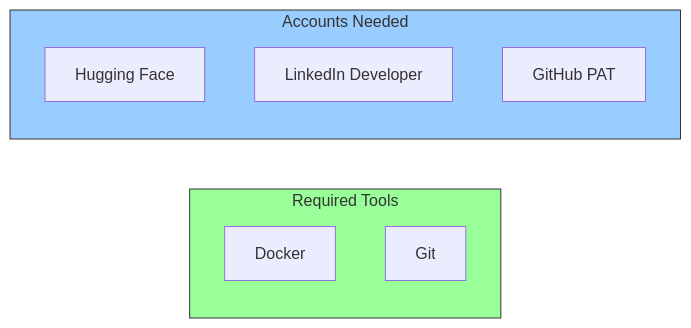
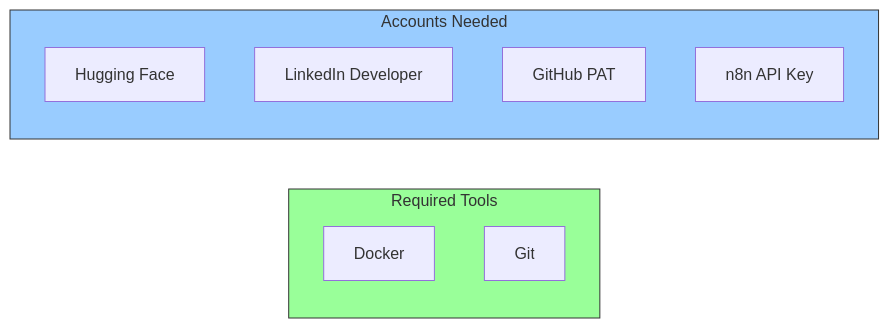
One commit to thatsmeadarsh/n8n-powered-auto-web-publish changed the first of 2 diagrams in docs/setup-guide.md. Above: the diagram before and after it, drawn with Mermaid. The commit also changed other lines of this file and 7 other files, not shown here.

First line of the commit message:
Add two-workflow architecture with form-based review

````diff
--- a/docs/setup-guide.md
+++ b/docs/setup-guide.md
@@ -17,16 +17,17 @@
 ```mermaid
 graph LR
     subgraph Required["Required Tools"]
         D[Docker]
         G[Git]
     end
 
     subgraph Accounts["Accounts Needed"]
         HF[Hugging Face]
         LI[LinkedIn Developer]
         GH[GitHub PAT]
+        N8N[n8n API Key]
     end
 
     style Required fill:#99ff99,stroke:#333
     style Accounts fill:#99ccff,stroke:#333
 ```
````
